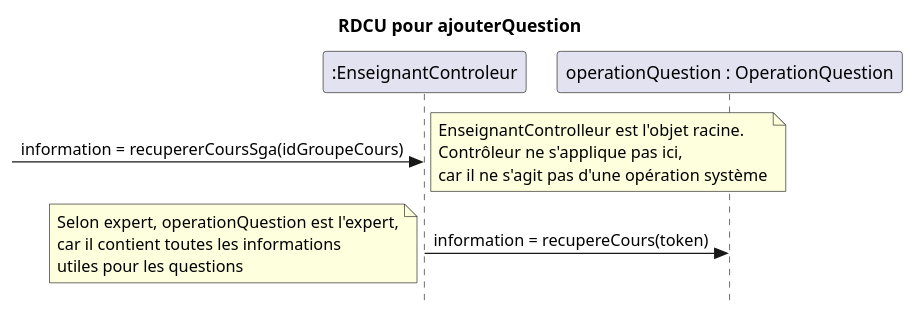
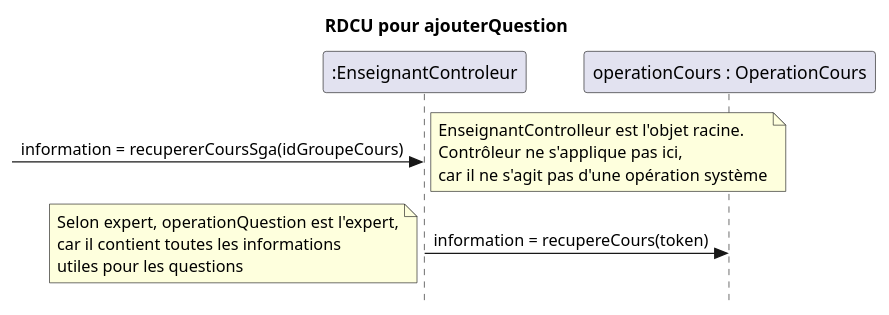
The fourth of 4 diagrams in docs/Ajouter question/RDCU_Ajouter_Question.puml (nerdz88/SGA-TS), drawn with PlantUML before and after one commit. The commit also changed 6 other files, not shown here.

```diff
--- a/docs/Ajouter question/RDCU_Ajouter_Question.puml
+++ b/docs/Ajouter question/RDCU_Ajouter_Question.puml
@@ -66,11 +66,11 @@
 @startuml terminerAjouterQuestion
 skinparam style strictuml
 skinparam defaultfontname Verdana
 title RDCU pour ajouterQuestion
 participant ":EnseignantControleur" as sga
-participant "operationQuestion : OperationQuestion" as opQuestion
+participant "operationCours : OperationCours" as opCours
  -> sga : information = recupererCoursSga(idGroupeCours)
   note left : EnseignantControlleur est l'objet racine.\nContrôleur ne s'applique pas ici,\ncar il ne s'agit pas d'une opération système
-  sga -> opQuestion : information = recupereCours(token)
+  sga -> opCours : information = recupereCours(token)
   note left : Selon expert, operationQuestion est l'expert,\ncar il contient toutes les informations\nutiles pour les questions
 @enduml
```
